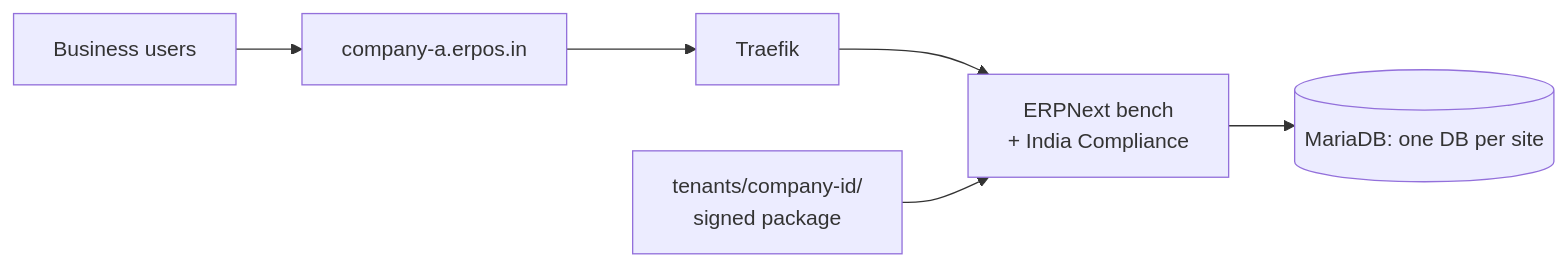
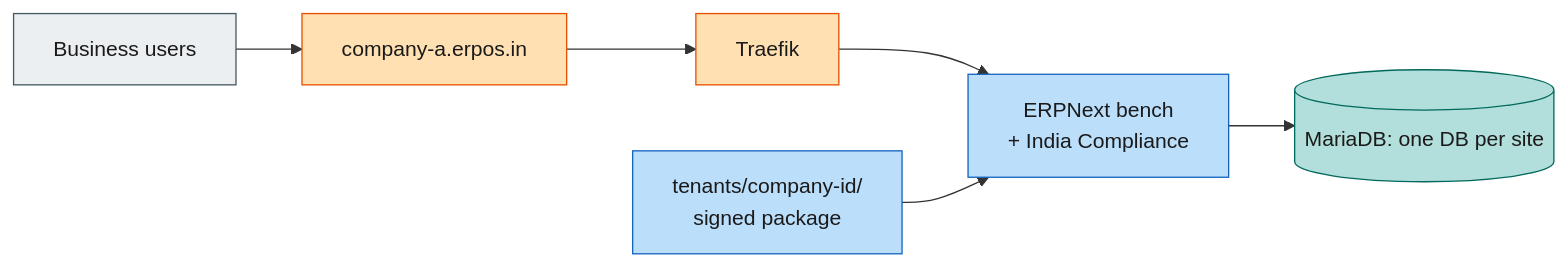
One commit to varunpathania86/nigu-lite changed the diagram in erp/README.md. Above: the diagram before and after it, drawn with Mermaid. The commit also changed 38 other files, not shown here.

````diff
--- a/erp/README.md
+++ b/erp/README.md
@@ -8,7 +8,15 @@
 ```mermaid
 flowchart LR
   U["Business users"] --> H["company-a.erpos.in"] --> T[Traefik]
   T --> B["ERPNext bench<br/>+ India Compliance"]
   B --> D[("MariaDB: one DB per site")]
   P["tenants/company-id/<br/>signed package"] --> B
+  class U user
+  class H,T edge
+  class B,P app
+  class D data
+  classDef user fill:#eceff1,stroke:#455a64,color:#1a1a1a
+  classDef edge fill:#ffe0b2,stroke:#e65100,color:#1a1a1a
+  classDef app fill:#bbdefb,stroke:#1565c0,color:#1a1a1a
+  classDef data fill:#b2dfdb,stroke:#00695c,color:#1a1a1a
 ```
````
